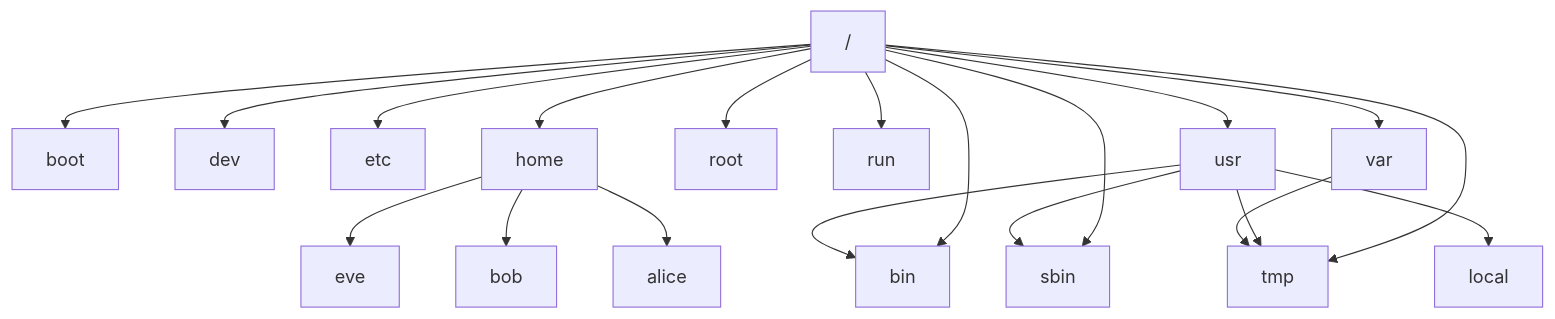
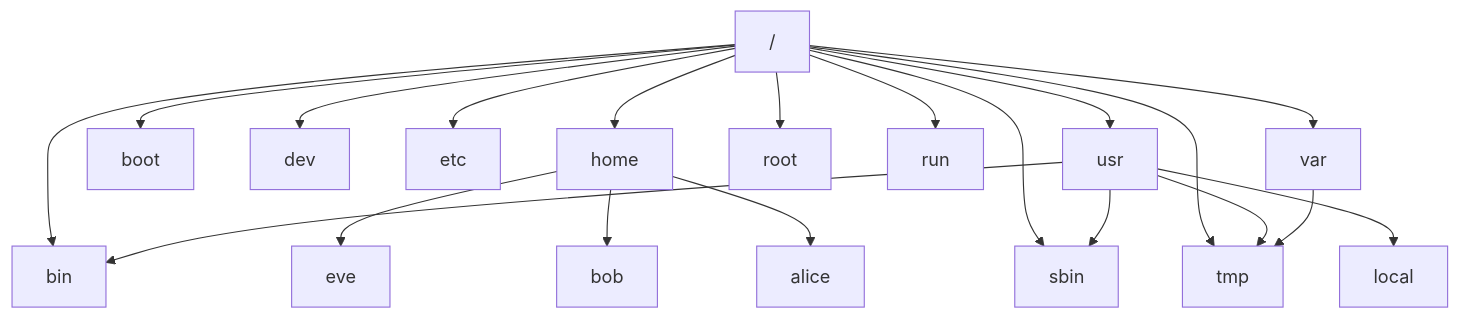
The diagram in file_system.md (sawan848/rhel-8), drawn with Mermaid before and after one commit. The commit also changed other lines of this file, not shown here.

Commit message:
file-system graph updated

````diff
--- a/file_system.md
+++ b/file_system.md
@@ -2,22 +2,18 @@
 ```mermaid
     graph TD;
-    / -->bin;
+     / & usr--> bin;
     / --> boot;
     / -->dev;
     / -->etc;
     / -->home;
     / -->root;
     / -->run;
-    / -->sbin;
-    / -->tmp;
+    / & usr -->sbin;
+    / & usr & var -->tmp;
     / -->usr;
     / -->var;
     home -->eve;
     home -->bob;
     home -->alice;
-    usr -->tmp;
-    usr --> sbin;
     usr -->local;
-    usr -->bin;
-    var -->tmp;
 ```
````
